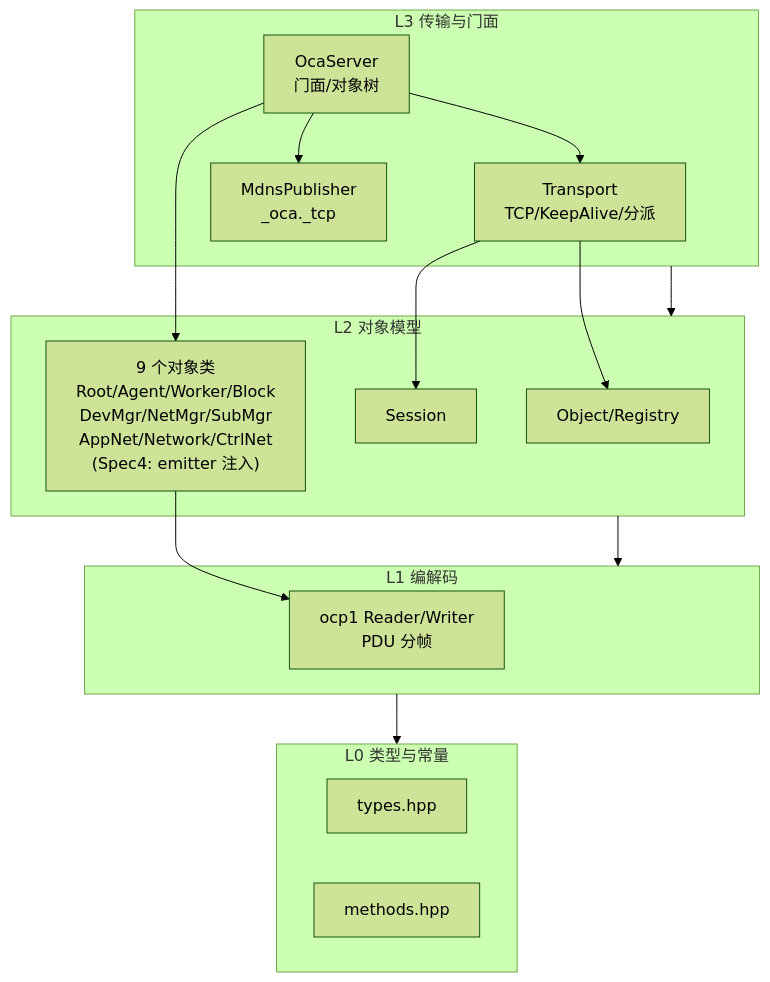
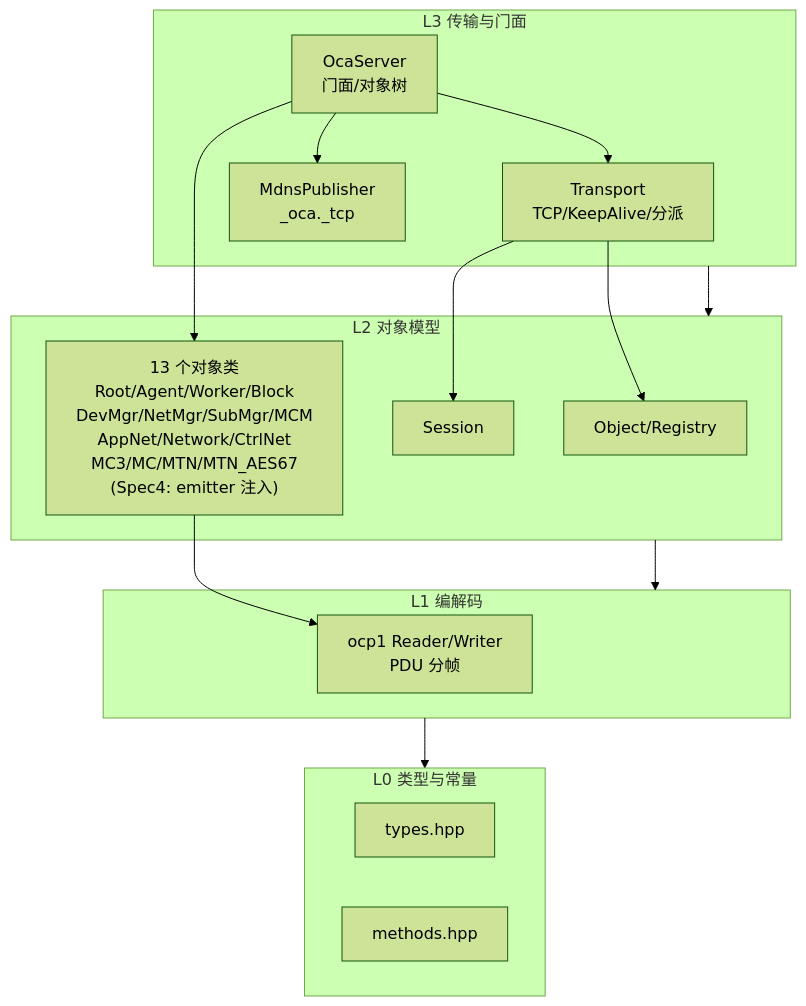
The first of 5 diagrams in docs/ops/oca-design-and-maintenance.md (JunJunHub/aes67-linux-daemon), drawn with Mermaid (forest theme) before and after one commit. The commit also changed other lines of this file, not shown here.

First line of the commit message:
docs(oca): 维护手册同步 Spec5 — 媒体桥接

````diff
--- a/docs/ops/oca-design-and-maintenance.md
+++ b/docs/ops/oca-design-and-maintenance.md
@@ -11,29 +11,29 @@
 ```mermaid
 flowchart TB
     subgraph L3["L3 传输与门面"]
         T["Transport<br/>TCP/KeepAlive/分派"]
         OS["OcaServer<br/>门面/对象树"]
         MDNS["MdnsPublisher<br/>_oca._tcp"]
     end
     subgraph L2["L2 对象模型"]
         OBJ["Object/Registry"]
         SES["Session"]
-        CLS["9 个对象类<br/>Root/Agent/Worker/Block<br/>DevMgr/NetMgr/SubMgr<br/>AppNet/Network/CtrlNet<br/>(Spec4: emitter 注入)"]
+        CLS["13 个对象类<br/>Root/Agent/Worker/Block<br/>DevMgr/NetMgr/SubMgr/MCM<br/>AppNet/Network/CtrlNet<br/>MC3/MC/MTN/MTN_AES67<br/>(Spec4: emitter 注入)"]
     end
     subgraph L1["L1 编解码"]
         OCP["ocp1 Reader/Writer<br/>PDU 分帧"]
     end
     subgraph L0["L0 类型与常量"]
         TYP["types.hpp"]
         MTH["methods.hpp"]
     end
     L3 --> L2
     L2 --> L1
     L1 --> L0
     OS --> T
     OS --> CLS
     OS --> MDNS
     T --> SES
     T --> OBJ
     CLS --> OCP
 ```
````
